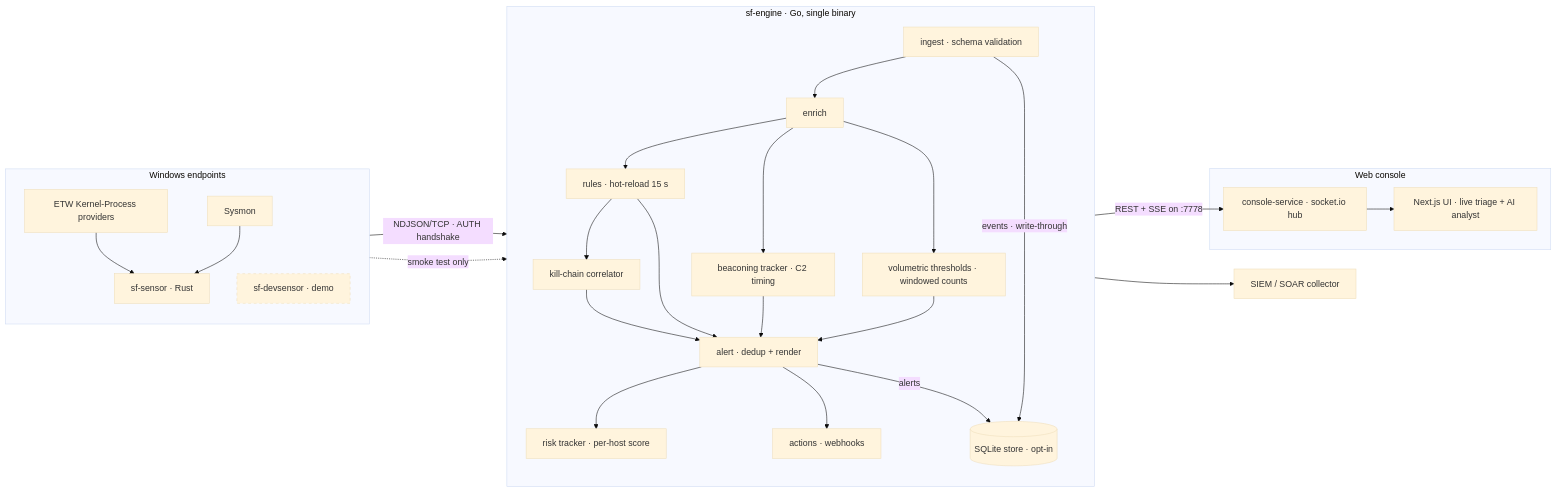
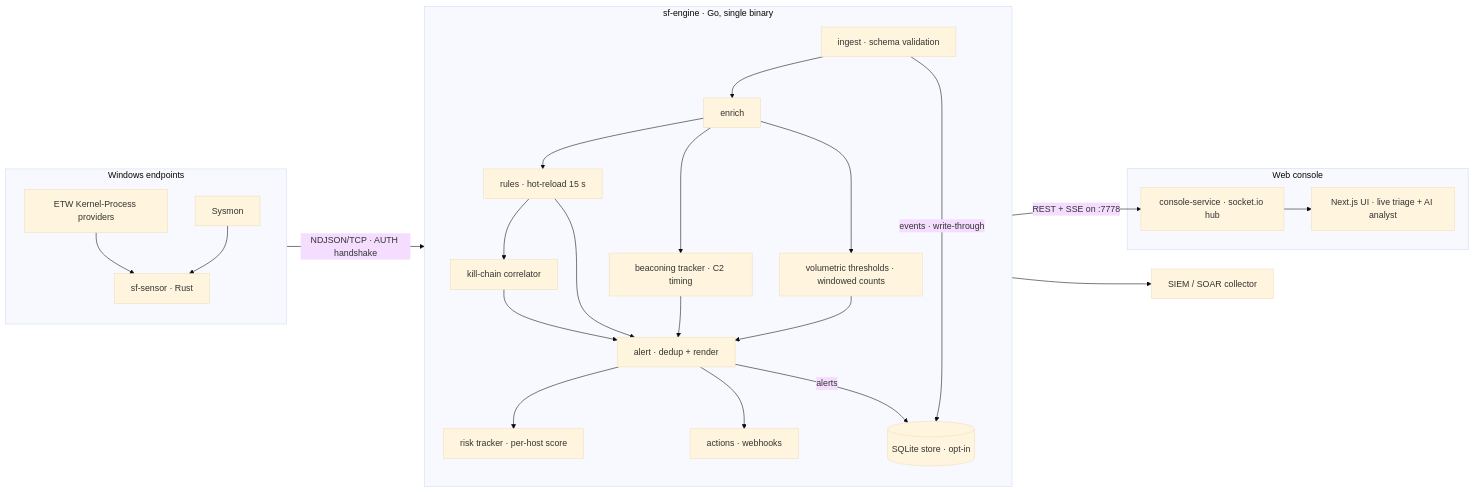
The diagram in docs/ARCHITECTURE.md (Ruby570bocadito/bluetardigrade), drawn with Mermaid (base theme) before and after one commit. The commit also changed other lines of this file and 35 other files, not shown here.

````diff
--- a/docs/ARCHITECTURE.md
+++ b/docs/ARCHITECTURE.md
@@ -9,38 +9,35 @@
 ```mermaid
 flowchart LR
     subgraph EP["Windows endpoints"]
         direction TB
         ETW["ETW Kernel-Process providers"] --> RS["sf-sensor · Rust"]
         SYS["Sysmon"] --> RS
-        DS["sf-devsensor · demo"]:::demo
     end
 
     RS -- "NDJSON/TCP · AUTH handshake" --> ING
-    DS -. "smoke test only" .-> ING
 
     subgraph ENG["sf-engine · Go, single binary"]
         direction TB
         ING["ingest · schema validation"] --> ENR["enrich"]
         ENR --> RUL["rules · hot-reload 15 s"]
         ENR --> BCN["beaconing tracker · C2 timing"]
         ENR --> THR["volumetric thresholds · windowed counts"]
         RUL --> COR["kill-chain correlator"]
         RUL --> ALR["alert · dedup + render"]
         COR --> ALR
         BCN --> ALR
         THR --> ALR
         ALR --> RSK["risk tracker · per-host score"]
         ALR --> ACT["actions · webhooks"]
         ING -- "events · write-through" --> ST[("SQLite store · opt-in")]
         ALR -- "alerts" --> ST
     end
 
     ACT --> WH["SIEM / SOAR collector"]
     ENG -- "REST + SSE on :7778" --> HUB
 
     subgraph CON["Web console"]
         HUB["console-service · socket.io hub"] --> UI["Next.js UI · live triage + AI analyst"]
     end
 
-    classDef demo stroke-dasharray: 5 5;
 ```
````
